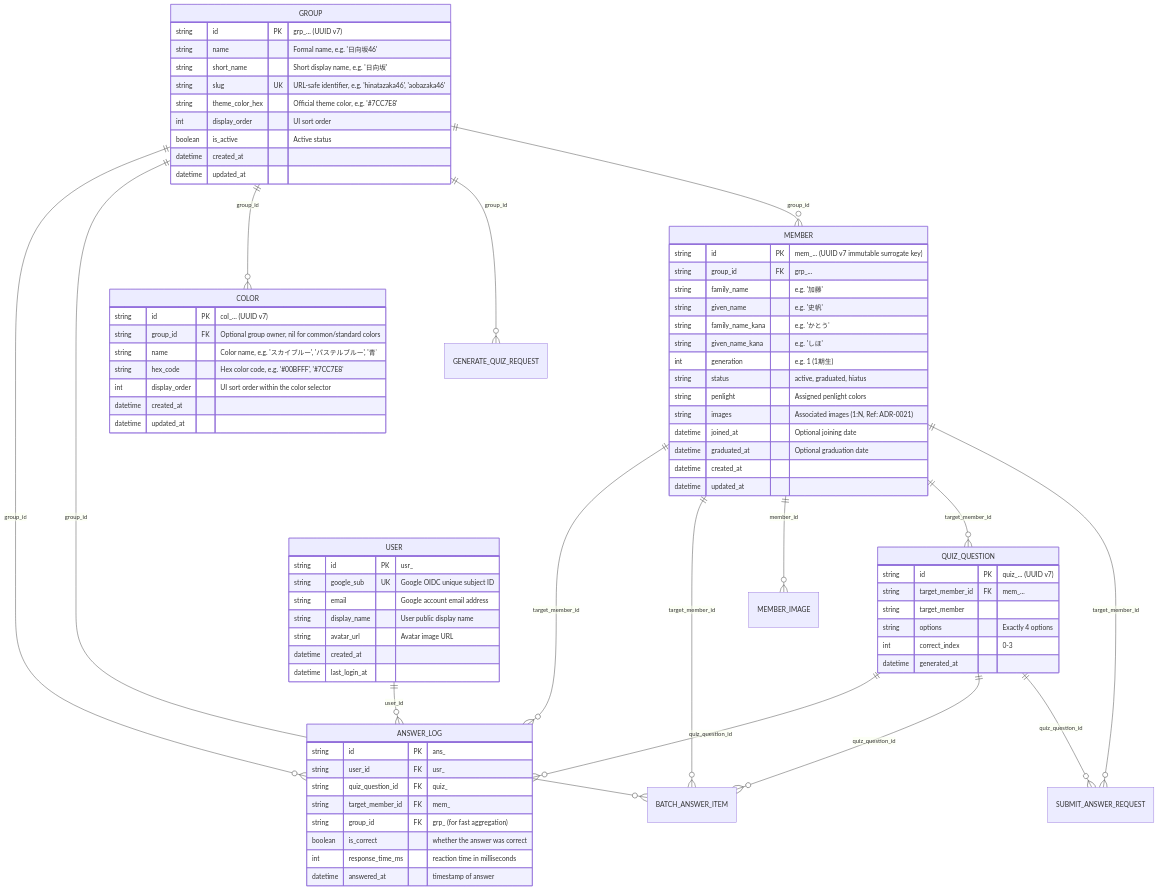
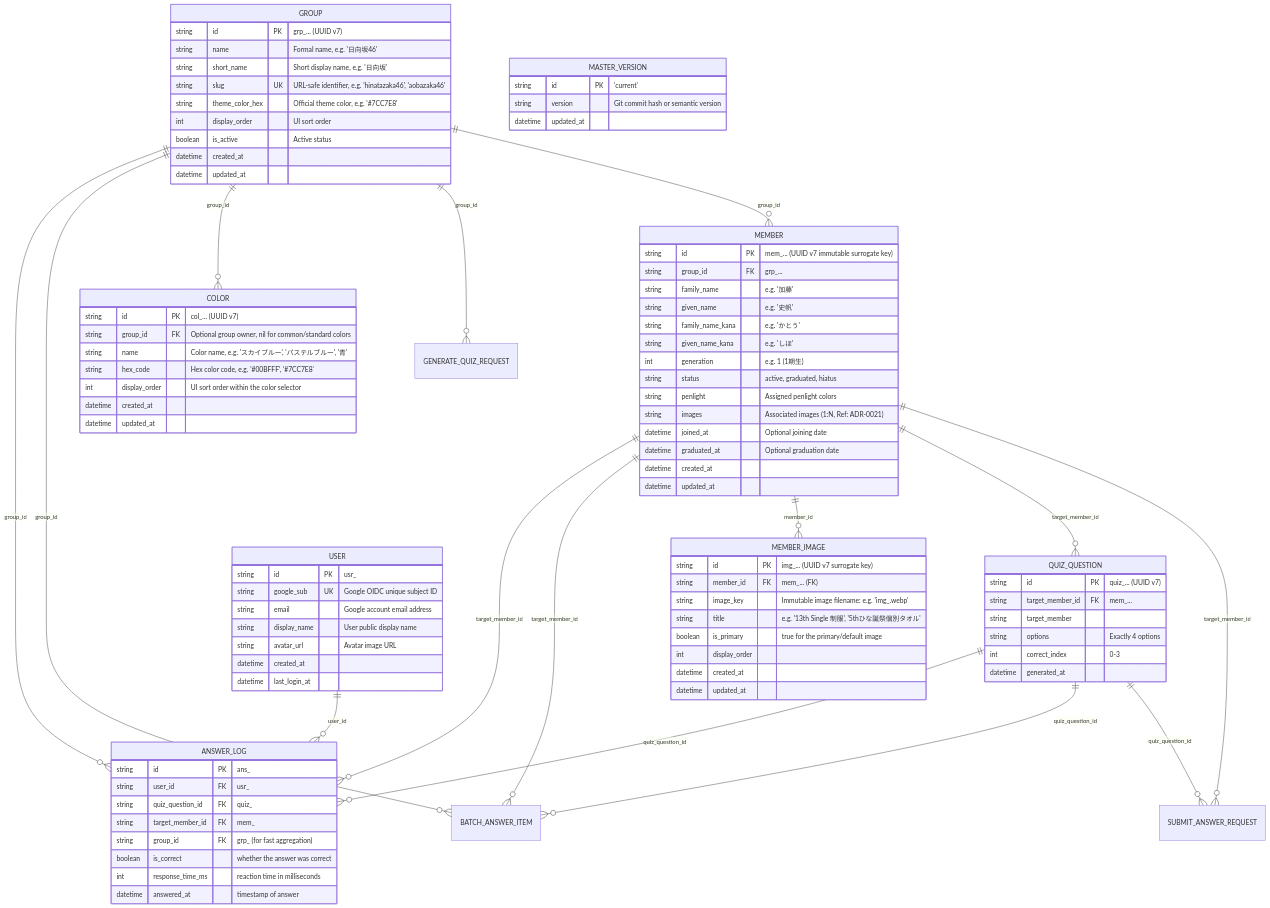
The diagram in assets/schema/er-diagram.mermaid (AobaIwaki123/penlight-v2), drawn with Mermaid before and after one commit. The commit also changed 2 other files, not shown here.

Commit message:
fix(schema): ER図自動生成スクリプトにMEMBER_IMAGEおよびMASTER_VERSIONエンティティを追加

```diff
--- a/assets/schema/er-diagram.mermaid
+++ b/assets/schema/er-diagram.mermaid
@@ -1,84 +1,101 @@
 erDiagram
     GROUP ||--o{ ANSWER_LOG : "group_id"
     GROUP ||--o{ BATCH_ANSWER_ITEM : "group_id"
     GROUP ||--o{ COLOR : "group_id"
     GROUP ||--o{ GENERATE_QUIZ_REQUEST : "group_id"
     GROUP ||--o{ MEMBER : "group_id"
     MEMBER ||--o{ ANSWER_LOG : "target_member_id"
     MEMBER ||--o{ BATCH_ANSWER_ITEM : "target_member_id"
     MEMBER ||--o{ MEMBER_IMAGE : "member_id"
     MEMBER ||--o{ QUIZ_QUESTION : "target_member_id"
     MEMBER ||--o{ SUBMIT_ANSWER_REQUEST : "target_member_id"
     QUIZ_QUESTION ||--o{ ANSWER_LOG : "quiz_question_id"
     QUIZ_QUESTION ||--o{ BATCH_ANSWER_ITEM : "quiz_question_id"
     QUIZ_QUESTION ||--o{ SUBMIT_ANSWER_REQUEST : "quiz_question_id"
     USER ||--o{ ANSWER_LOG : "user_id"
 
     GROUP {
         string id PK "grp_... (UUID v7)"
         string name "Formal name, e.g. '日向坂46'"
         string short_name "Short display name, e.g. '日向坂'"
         string slug UK "URL-safe identifier, e.g. 'hinatazaka46', 'aobazaka46'"
         string theme_color_hex "Official theme color, e.g. '#7CC7E8'"
         int display_order "UI sort order"
         boolean is_active "Active status"
         datetime created_at
         datetime updated_at
     }
 
     COLOR {
         string id PK "col_... (UUID v7)"
         string group_id FK "Optional group owner, nil for common/standard colors"
         string name "Color name, e.g. 'スカイブルー', 'パステルブルー', '青'"
         string hex_code "Hex color code, e.g. '#00BFFF', '#7CC7E8'"
         int display_order "UI sort order within the color selector"
         datetime created_at
         datetime updated_at
     }
 
     MEMBER {
         string id PK "mem_... (UUID v7 immutable surrogate key)"
         string group_id FK "grp_..."
         string family_name "e.g. '加藤'"
         string given_name "e.g. '史帆'"
         string family_name_kana "e.g. 'かとう'"
         string given_name_kana "e.g. 'しほ'"
         int generation "e.g. 1 (1期生)"
         string status "active, graduated, hiatus"
         string penlight "Assigned penlight colors"
         string images "Associated images (1:N, Ref: ADR-0021)"
         datetime joined_at "Optional joining date"
         datetime graduated_at "Optional graduation date"
         datetime created_at
         datetime updated_at
     }
 
+    MEMBER_IMAGE {
+        string id PK "img_... (UUID v7 surrogate key)"
+        string member_id FK "mem_... (FK)"
+        string image_key "Immutable image filename: e.g. 'img_<uuidv7>.webp'"
+        string title "e.g. '13th Single 制服', '5thひな誕祭個別タオル'"
+        boolean is_primary "true for the primary/default image"
+        int display_order
+        datetime created_at
+        datetime updated_at
+    }
+
+    MASTER_VERSION {
+        string id PK "'current'"
+        string version "Git commit hash or semantic version"
+        datetime updated_at
+    }
+
     USER {
         string id PK "usr_<uuidv7>"
         string google_sub UK "Google OIDC unique subject ID"
         string email "Google account email address"
         string display_name "User public display name"
         string avatar_url "Avatar image URL"
         datetime created_at
         datetime last_login_at
     }
 
     ANSWER_LOG {
         string id PK "ans_<uuidv7>"
         string user_id FK "usr_<uuidv7>"
         string quiz_question_id FK "quiz_<uuidv7>"
         string target_member_id FK "mem_<uuidv7>"
         string group_id FK "grp_<uuidv7> (for fast aggregation)"
         boolean is_correct "whether the answer was correct"
         int response_time_ms "reaction time in milliseconds"
         datetime answered_at "timestamp of answer"
     }
 
     QUIZ_QUESTION {
         string id PK "quiz_... (UUID v7)"
         string target_member_id FK "mem_..."
         string target_member
         string options "Exactly 4 options"
         int correct_index "0-3"
         datetime generated_at
     }
```
